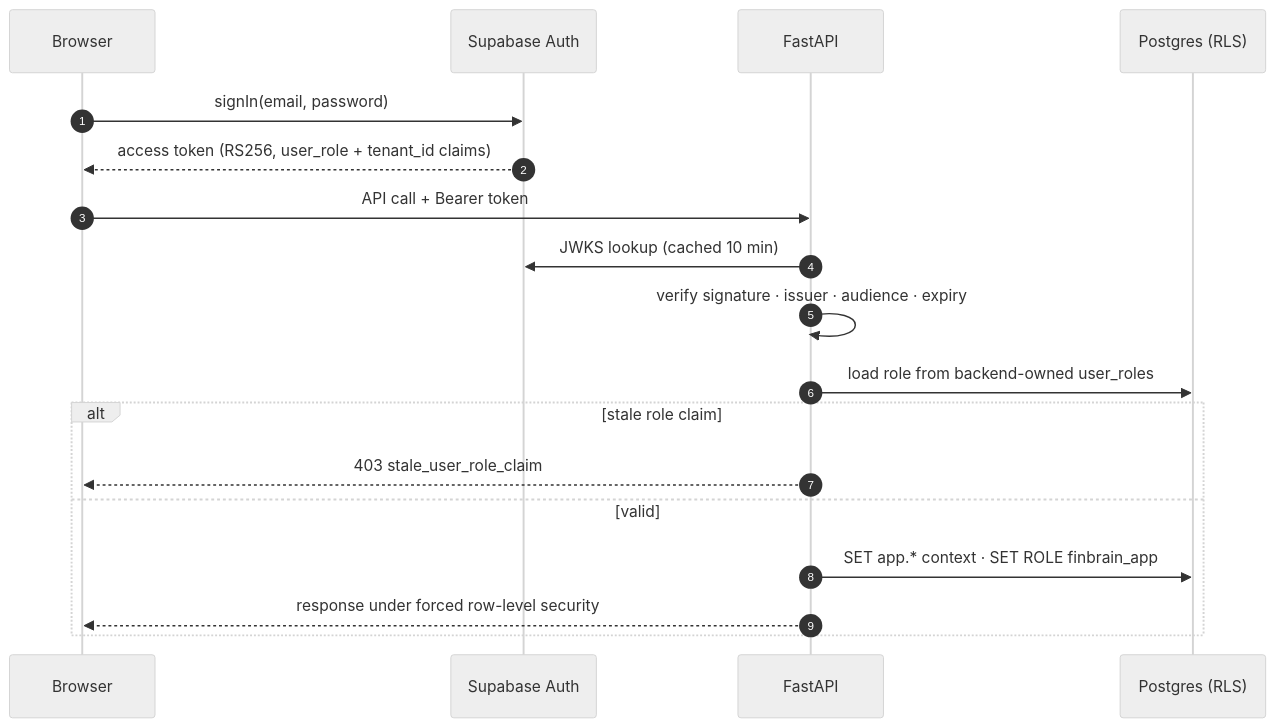
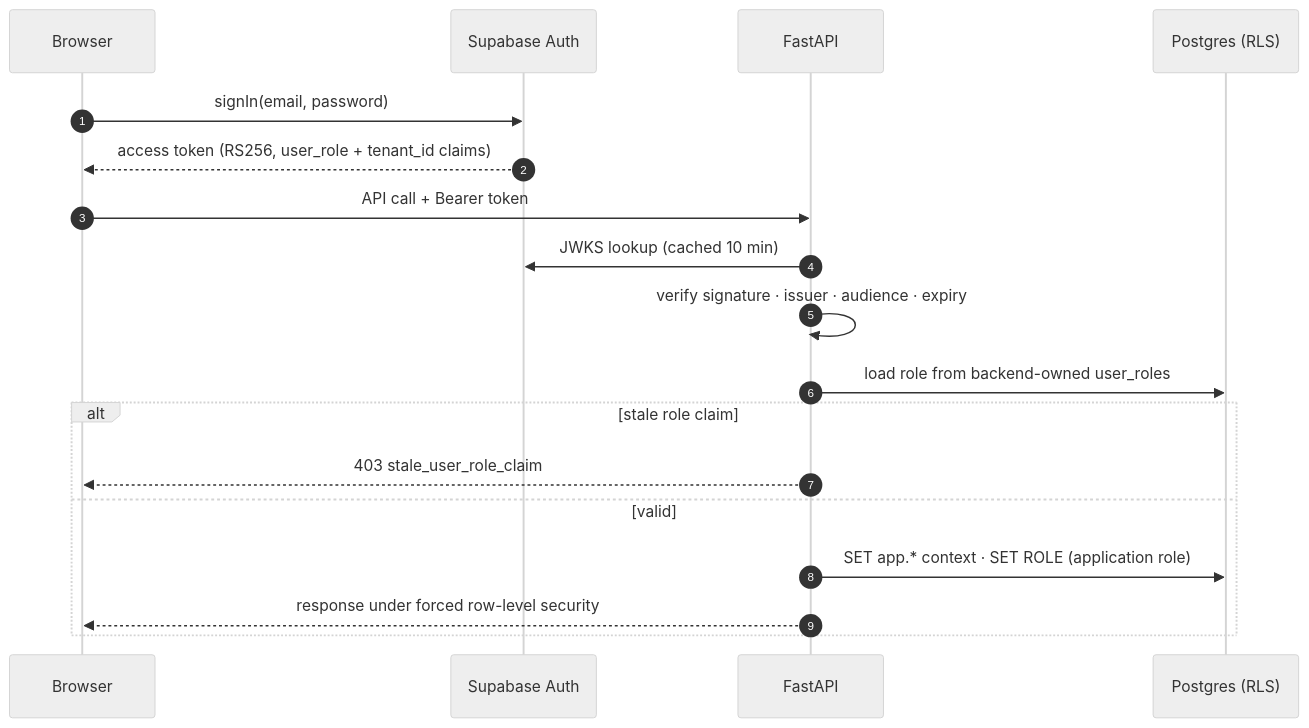
The ninth of 9 diagrams in README.md (tanhongsheng050204-code/2026-SHENZHEN-FINTECHATHON-INTERNATIONAL-TRACK), drawn with Mermaid (neutral theme) before and after one commit. The commit also changed other lines of this file and 5 other files, not shown here.

````diff
--- a/README.md
+++ b/README.md
@@ -792,20 +843,20 @@
 ```mermaid
 sequenceDiagram
     autonumber
     participant U as Browser
     participant S as Supabase Auth
     participant B as FastAPI
     participant D as Postgres (RLS)
     U->>S: signIn(email, password)
     S-->>U: access token (RS256, user_role + tenant_id claims)
     U->>B: API call + Bearer token
     B->>S: JWKS lookup (cached 10 min)
     B->>B: verify signature · issuer · audience · expiry
     B->>D: load role from backend-owned user_roles
     alt stale role claim
         B-->>U: 403 stale_user_role_claim
     else valid
-        B->>D: SET app.* context · SET ROLE finbrain_app
+        B->>D: SET app.* context · SET ROLE (application role)
         B-->>U: response under forced row-level security
     end
 ```
````
